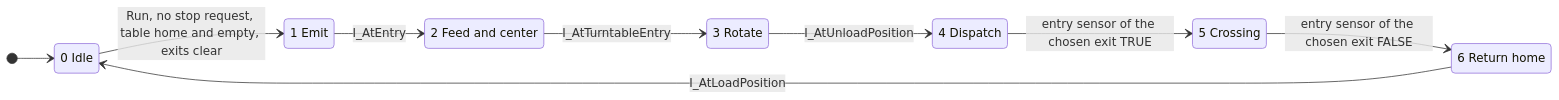
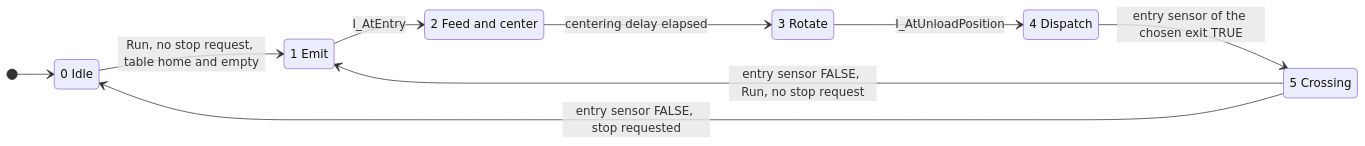
One commit to HoraEmbedded/industrial-sorting-digital-twin changed the diagram in docs/en/sorting-sequence.md. Above: the diagram before and after it, drawn with Mermaid. The commit also changed other lines of this file and 1 other file, not shown here.

Commit message:
docs: update sorting sequence for pipelined emission

````diff
--- a/docs/en/sorting-sequence.md
+++ b/docs/en/sorting-sequence.md
@@ -16,19 +16,18 @@
 ```mermaid
 stateDiagram-v2
     direction LR
     state "0 Idle" as S0
     state "1 Emit" as S1
     state "2 Feed and center" as S2
     state "3 Rotate" as S3
     state "4 Dispatch" as S4
     state "5 Crossing" as S5
-    state "6 Return home" as S6
     [*] --> S0
-    S0 --> S1: Run, no stop request, table home and empty, exits clear
+    S0 --> S1: Run, no stop request, table home and empty
     S1 --> S2: I_AtEntry
-    S2 --> S3: I_AtTurntableEntry
+    S2 --> S3: centering delay elapsed
     S3 --> S4: I_AtUnloadPosition
     S4 --> S5: entry sensor of the chosen exit TRUE
-    S5 --> S6: entry sensor of the chosen exit FALSE
-    S6 --> S0: I_AtLoadPosition
+    S5 --> S1: entry sensor FALSE, Run, no stop request
+    S5 --> S0: entry sensor FALSE, stop requested
 ```
````
